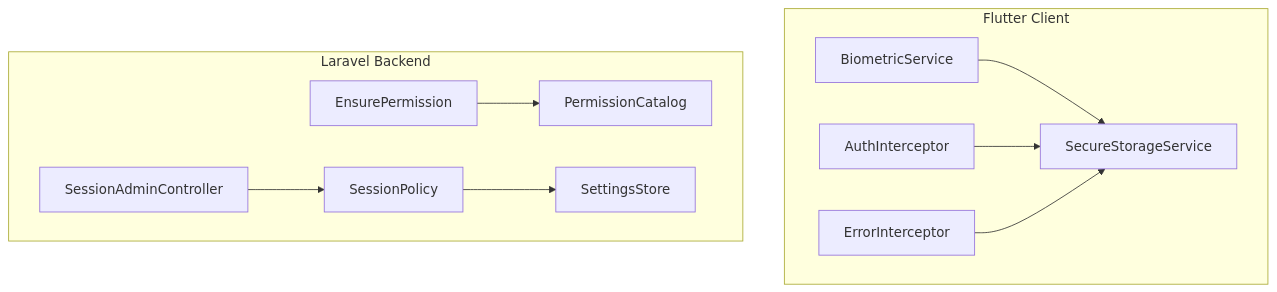
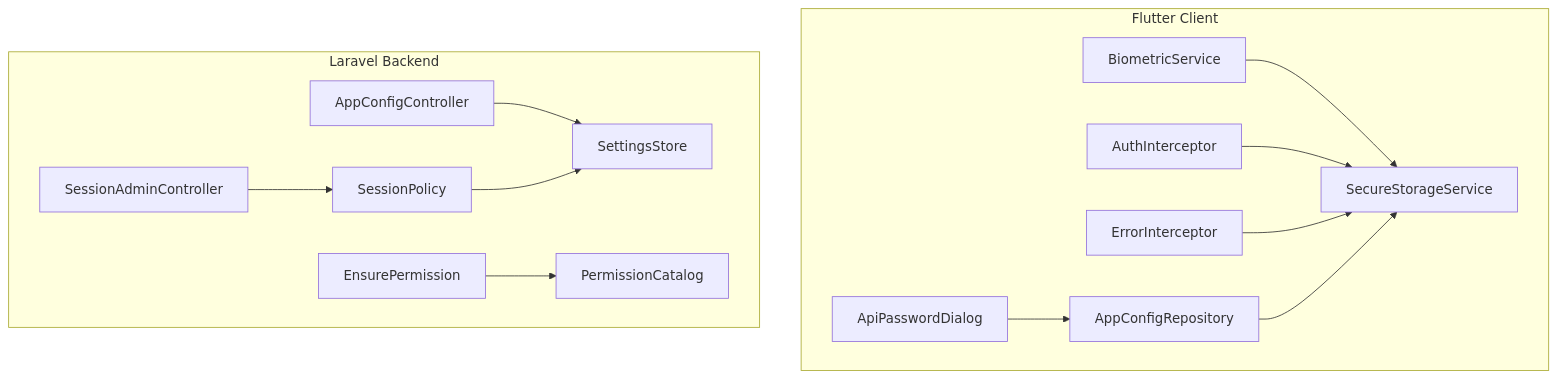
The first of 10 diagrams in .qoder/repowiki/en/content/Frontend Development Guide/Feature Modules/Settings Module/Security Settings.md (Aporaad/ky_apps), drawn with Mermaid before and after one commit. The commit also changed other lines of this file and 58 other files, not shown here.

````diff
--- a/.qoder/repowiki/en/content/Frontend Development Guide/Feature Modules/Settings Module/Security Settings.md
+++ b/.qoder/repowiki/en/content/Frontend Development Guide/Feature Modules/Settings Module/Security Settings.md
@@ -48,22 +66,28 @@
 ```mermaid
 graph TB
 subgraph "Flutter Client"
 BS["BiometricService"]
 SS["SecureStorageService"]
 AI["AuthInterceptor"]
 EI["ErrorInterceptor"]
+APD["ApiPasswordDialog"]
+ACR["AppConfigRepository"]
 end
 subgraph "Laravel Backend"
 SA["SessionAdminController"]
 SP["SessionPolicy"]
 PC["PermissionCatalog"]
 EP["EnsurePermission"]
 ST["SettingsStore"]
+ACC["AppConfigController"]
 end
 BS --> SS
 AI --> SS
 EI --> SS
+APD --> ACR
+ACR --> SS
+ACC --> ST
 SA --> SP
 EP --> PC
 SP --> ST
 ```
````
